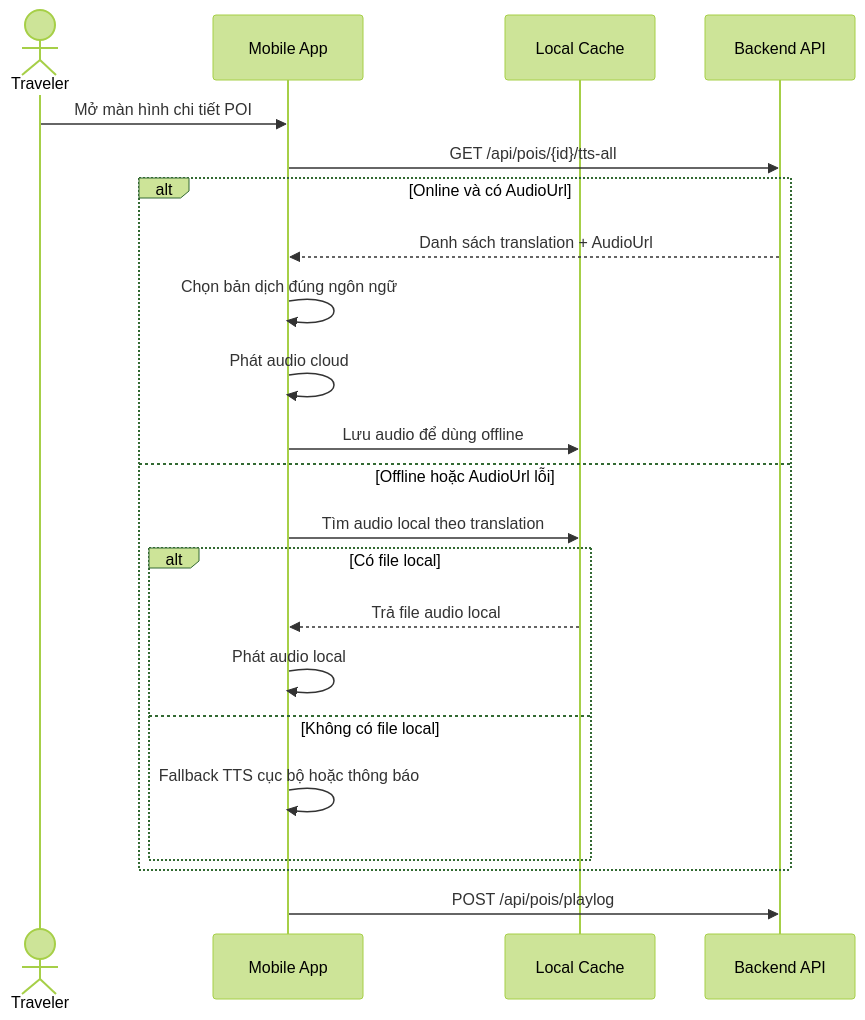
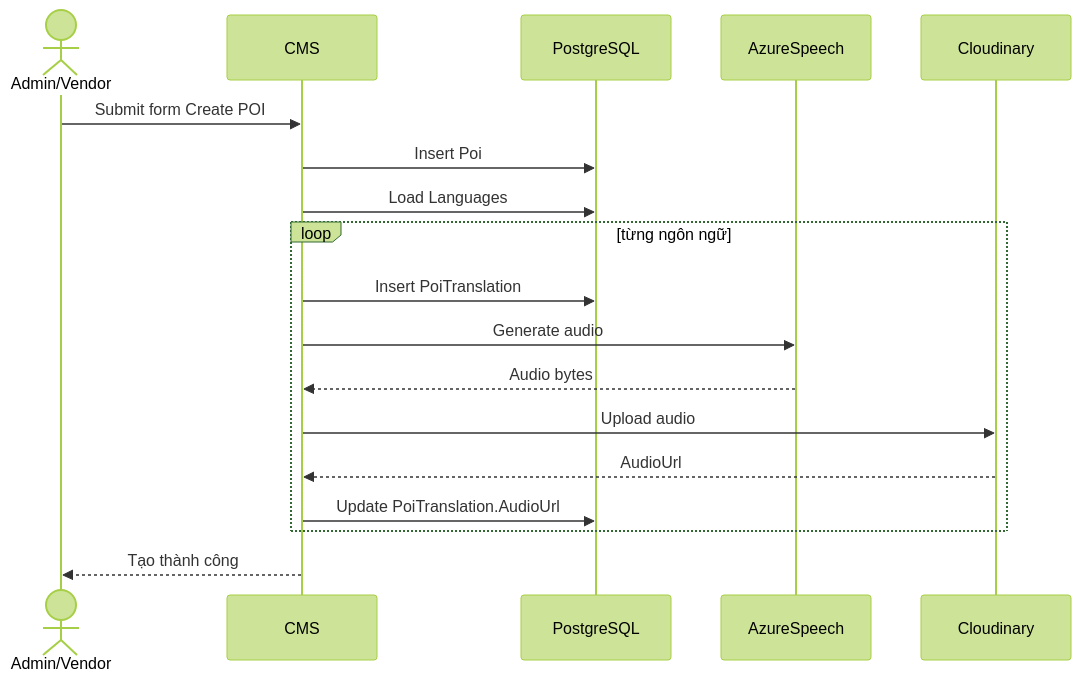
One commit to EricHoang28092k5/SmartTour changed the sixth of 41 diagrams in PRD_SmartTour.md. Above: the diagram before and after it, drawn with Mermaid (forest theme). The commit also changed other lines of this file, not shown here.

````diff
--- a/PRD_SmartTour.md
+++ b/PRD_SmartTour.md
@@ -590,25 +532,20 @@
 ```mermaid
 sequenceDiagram
-    actor U as Traveler
-    participant APP as Mobile App
-    participant CACHE as Local Cache
-    participant API as Backend API
-
-    U->>APP: Mở màn hình chi tiết POI
-    APP->>API: GET /api/pois/{id}/tts-all
-    alt Online và có AudioUrl
-        API-->>APP: Danh sách translation + AudioUrl
-        APP->>APP: Chọn bản dịch đúng ngôn ngữ
-        APP->>APP: Phát audio cloud
-        APP->>CACHE: Lưu audio để dùng offline
-    else Offline hoặc AudioUrl lỗi
-        APP->>CACHE: Tìm audio local theo translation
-        alt Có file local
-            CACHE-->>APP: Trả file audio local
-            APP->>APP: Phát audio local
-        else Không có file local
-            APP->>APP: Fallback TTS cục bộ hoặc thông báo
-        end
+    actor U as Admin/Vendor
+    participant CMS as CMS
+    participant DB as PostgreSQL
+    participant TTS as AzureSpeech
+    participant CLD as Cloudinary
+    U->>CMS: Submit form Create POI
+    CMS->>DB: Insert Poi
+    CMS->>DB: Load Languages
+    loop từng ngôn ngữ
+      CMS->>DB: Insert PoiTranslation
+      CMS->>TTS: Generate audio
+      TTS-->>CMS: Audio bytes
+      CMS->>CLD: Upload audio
+      CLD-->>CMS: AudioUrl
+      CMS->>DB: Update PoiTranslation.AudioUrl
     end
-    APP->>API: POST /api/pois/playlog
+    CMS-->>U: Tạo thành công
 ```
````
